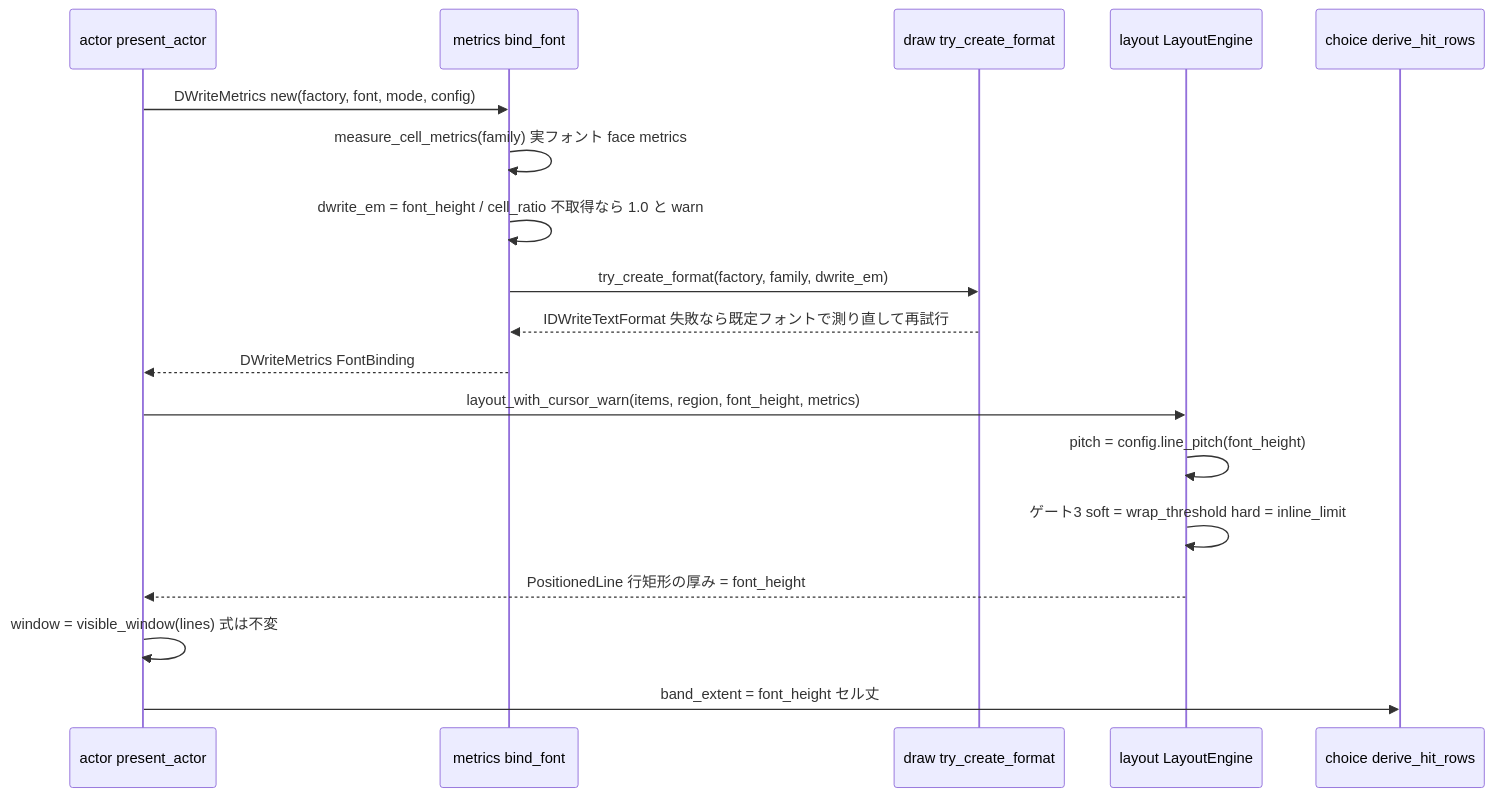
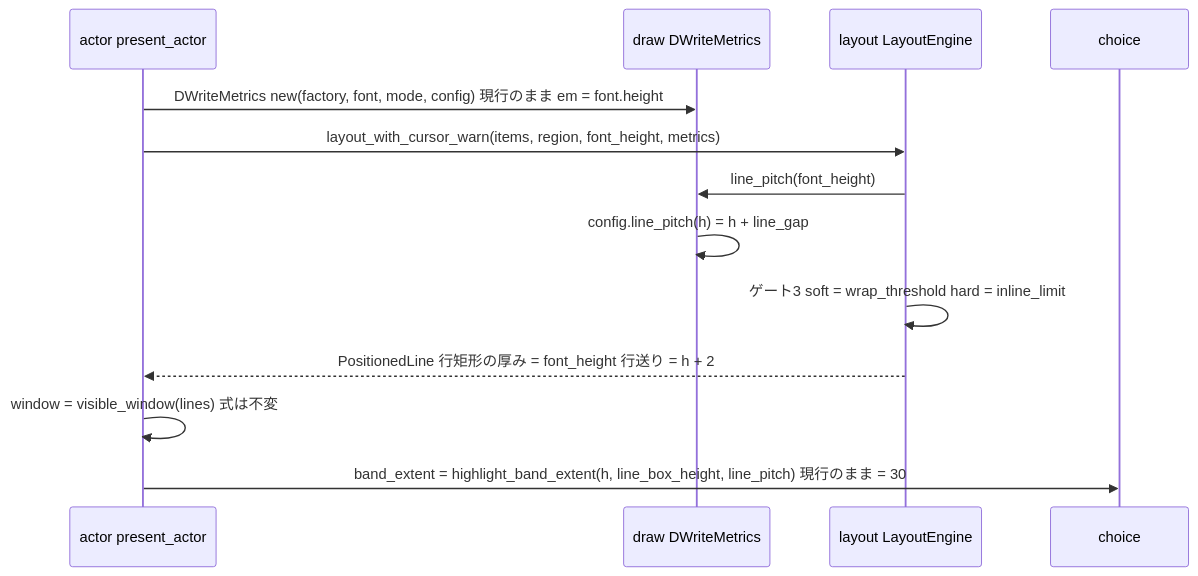
The second of 3 diagrams in .kiro/specs/areka-P0-emo-text-line-height-canon/design.md (ekicyou/areka), drawn with Mermaid before and after one commit. The commit also changed other lines of this file and 3 other files, not shown here.

Commit message:
docs(areka-P0-emo-text-line-height-canon): resolve design discussion #1 - design follows em ruling and constant 2px line gap (no SSP measurement, no metrics.rs)

````diff
--- a/.kiro/specs/areka-P0-emo-text-line-height-canon/design.md
+++ b/.kiro/specs/areka-P0-emo-text-line-height-canon/design.md
@@ -292,20 +233,15 @@
 ```mermaid
 sequenceDiagram
     participant A as actor present_actor
-    participant M as metrics bind_font
-    participant D as draw try_create_format
+    participant D as draw DWriteMetrics
     participant L as layout LayoutEngine
-    participant C as choice derive_hit_rows
-    A->>M: DWriteMetrics new(factory, font, mode, config)
-    M->>M: measure_cell_metrics(family) 実フォント face metrics
-    M->>M: dwrite_em = font_height / cell_ratio 不取得なら 1.0 と warn
-    M->>D: try_create_format(factory, family, dwrite_em)
-    D-->>M: IDWriteTextFormat 失敗なら既定フォントで測り直して再試行
-    M-->>A: DWriteMetrics FontBinding
+    participant C as choice
+    A->>D: DWriteMetrics new(factory, font, mode, config) 現行のまま em = font.height
     A->>L: layout_with_cursor_warn(items, region, font_height, metrics)
-    L->>L: pitch = config.line_pitch(font_height)
+    L->>D: line_pitch(font_height)
+    D->>D: config.line_pitch(h) = h + line_gap
     L->>L: ゲート3 soft = wrap_threshold hard = inline_limit
-    L-->>A: PositionedLine 行矩形の厚み = font_height
+    L-->>A: PositionedLine 行矩形の厚み = font_height 行送り = h + 2
     A->>A: window = visible_window(lines) 式は不変
-    A->>C: band_extent = font_height セル丈
+    A->>C: band_extent = highlight_band_extent(h, line_box_height, line_pitch) 現行のまま = 30
 ```
````
